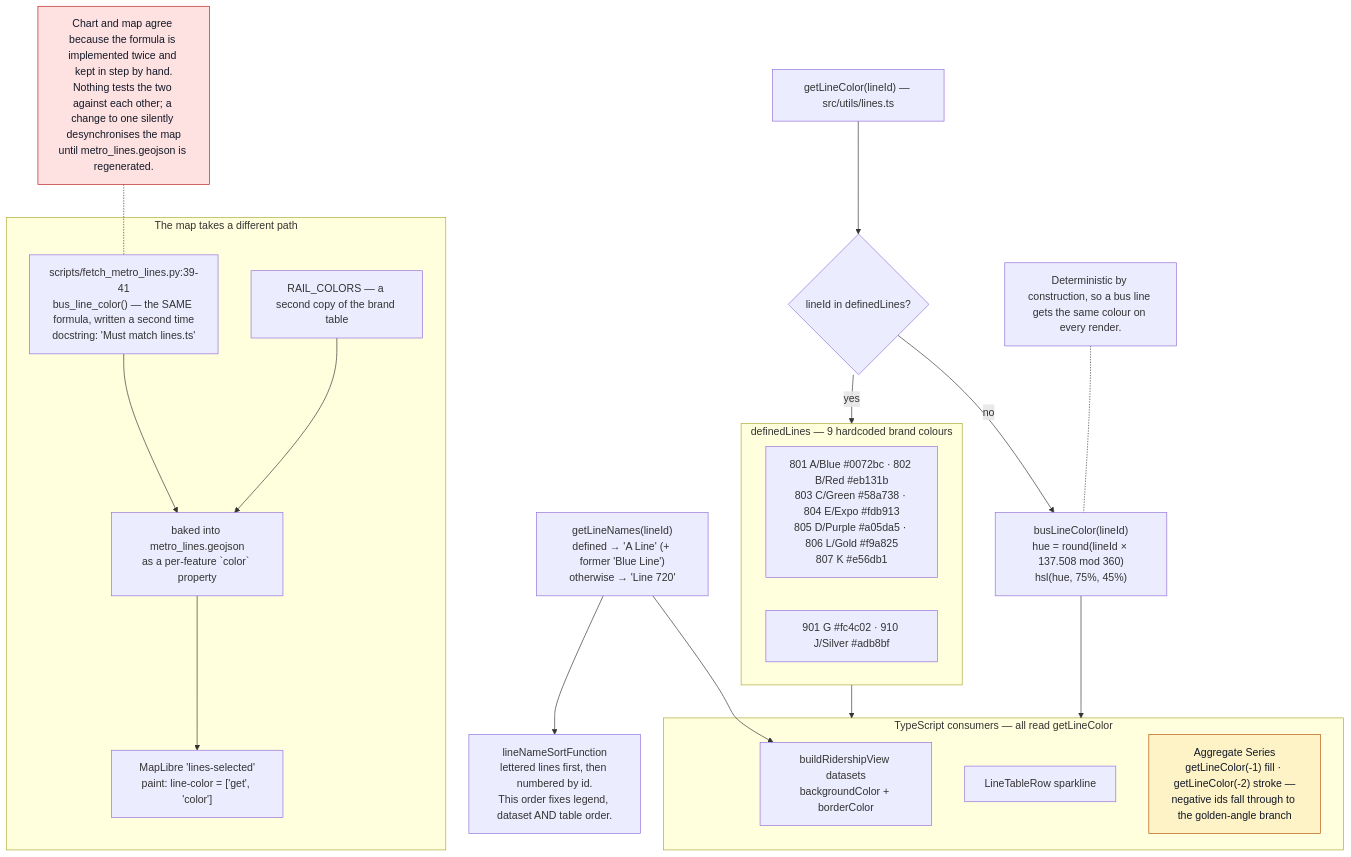
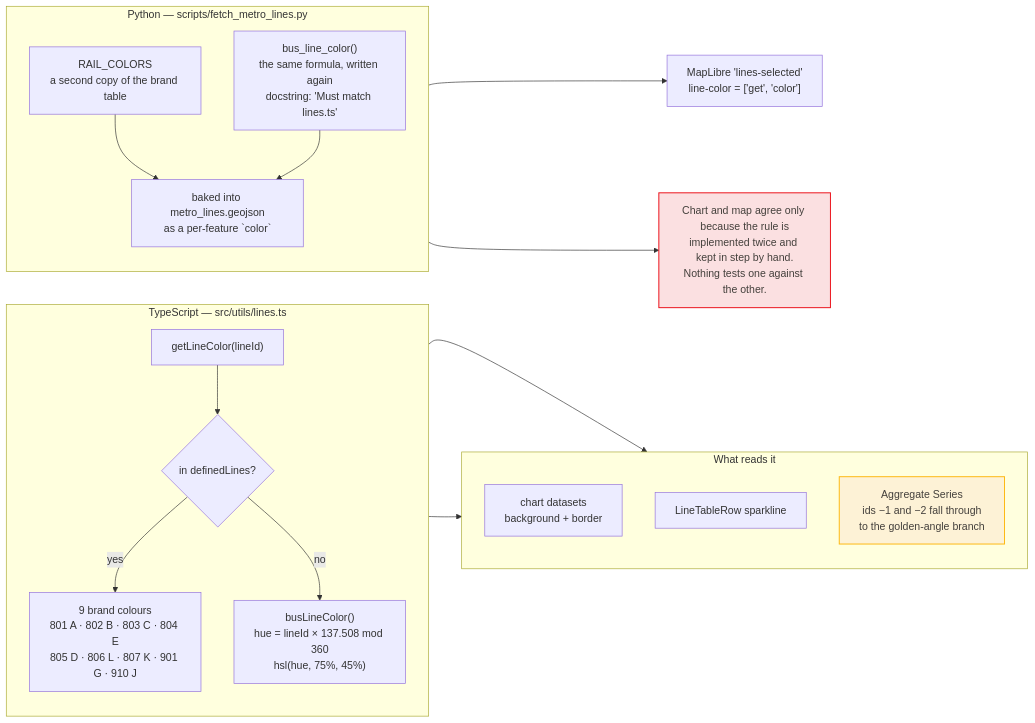
Before and after one commit to streetsforall/metro_ridership_app: diagram 14 of 21 in docs/architecture/diagrams.md, drawn with Mermaid. The commit also changed other lines of this file and 38 other files, not shown here.

First line of the commit message:
docs: redraw the diagrams in the app's palette, and unstick CLAUDE.md

````diff
--- a/docs/architecture/diagrams.md
+++ b/docs/architecture/diagrams.md
@@ -905,52 +963,42 @@
 ```mermaid
-flowchart TB
-  getColor["getLineColor(lineId) — src/utils/lines.ts"]
-  lookup{"lineId in definedLines?"}
-
-  subgraph defined["definedLines — 9 hardcoded brand colours"]
-    rail["801 A/Blue #0072bc · 802 B/Red #eb131b<br/>803 C/Green #58a738 · 804 E/Expo #fdb913<br/>805 D/Purple #a05da5 · 806 L/Gold #f9a825<br/>807 K #e56db1"]
-    brt["901 G #fc4c02 · 910 J/Silver #adb8bf"]
+flowchart LR
+  subgraph tsSide["TypeScript — src/utils/lines.ts"]
+    direction TB
+    getColor["getLineColor(lineId)"]
+    lookup{"in definedLines?"}
+    defined["9 brand colours<br/>801 A · 802 B · 803 C · 804 E<br/>805 D · 806 L · 807 K · 901 G · 910 J"]
+    golden["busLineColor()<br/>hue = lineId × 137.508 mod 360<br/>hsl(hue, 75%, 45%)"]
+    getColor --> lookup
+    lookup -- yes --> defined
+    lookup -- no --> golden
   end
 
-  golden["busLineColor(lineId)<br/>hue = round(lineId × 137.508 mod 360)<br/>hsl(hue, 75%, 45%)"]
-
-  names["getLineNames(lineId)<br/>defined → 'A Line' (+ former 'Blue Line')<br/>otherwise → 'Line 720'"]
-
-  subgraph consumers["TypeScript consumers — all read getLineColor"]
-    chartDs["buildRidershipView datasets<br/>backgroundColor + borderColor"]
+  subgraph tsUses["What reads it"]
+    direction TB
+    chartDs["chart datasets<br/>background + border"]
     sparkline["LineTableRow sparkline"]
-    aggregate["Aggregate Series<br/>getLineColor(-1) fill · getLineColor(-2) stroke —<br/>negative ids fall through to the golden-angle branch"]
+    aggregate["Aggregate Series<br/>ids −1 and −2 fall through<br/>to the golden-angle branch"]
   end
 
-  subgraph pyside["The map takes a different path"]
-    pyFn["scripts/fetch_metro_lines.py:39-41<br/>bus_line_color() — the SAME formula, written a second time<br/>docstring: 'Must match lines.ts'"]
-    pyRail["RAIL_COLORS — a second copy of the brand table"]
-    geoProp["baked into metro_lines.geojson<br/>as a per-feature `color` property"]
-    mapLayer["MapLibre 'lines-selected'<br/>paint: line-color = ['get', 'color']"]
+  subgraph pySide["Python — scripts/fetch_metro_lines.py"]
+    direction TB
+    pyRail["RAIL_COLORS<br/>a second copy of the brand table"]
+    pyFn["bus_line_color()<br/>the same formula, written again<br/>docstring: 'Must match lines.ts'"]
+    geoProp["baked into metro_lines.geojson<br/>as a per-feature `color`"]
+    pyRail --> geoProp
+    pyFn --> geoProp
   end
 
-  pyFn --> geoProp
-  pyRail --> geoProp
+  mapLayer["MapLibre 'lines-selected'<br/>line-color = ['get', 'color']"]
+  risk["Chart and map agree only because the rule is<br/>implemented twice and kept in step by hand.<br/>Nothing tests one against the other."]
+
+  defined --> tsUses
+  golden --> tsUses
   geoProp --> mapLayer
+  pyFn --> risk
 
-  sort["lineNameSortFunction<br/>lettered lines first, then numbered by id.<br/>This order fixes legend, dataset AND table order."]
-
-  getColor --> lookup
-  lookup -- yes --> defined
-  lookup -- no --> golden
-  defined --> consumers
-  golden --> consumers
-  names --> chartDs
-  names --> sort
-
-  why["Deterministic by construction, so a bus line gets the same colour on every render."]
-  why -.- golden
-
-  dup["Chart and map agree because the formula is implemented twice and kept in step by hand.<br/>Nothing tests the two against each other; a change to one silently desynchronises the map<br/>until metro_lines.geojson is regenerated."]
-  dup -.- pyFn
-
-  classDef warn fill:#fef3c7,stroke:#b45309,color:#111827
-  classDef risk fill:#fee2e2,stroke:#b91c1c,color:#111827
-  class aggregate warn
-  class dup risk
+  classDef cycle fill:#fbe0e1,stroke:#eb131b,stroke-width:1.5px,color:#44403c
+  classDef pending fill:#fdf2d6,stroke:#fdb913,stroke-width:1.5px,color:#44403c
+  class risk cycle
+  class aggregate pending
 ```
````
